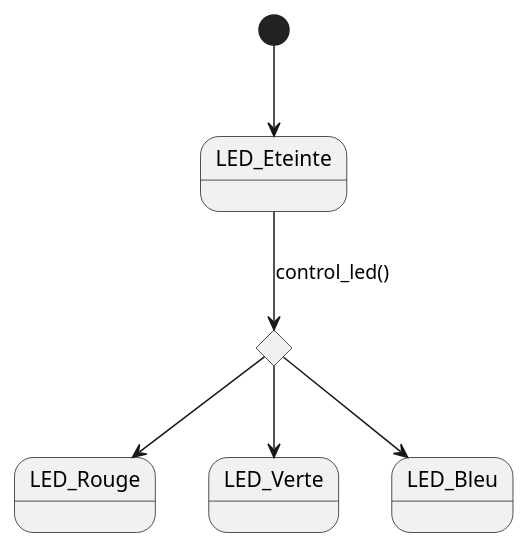
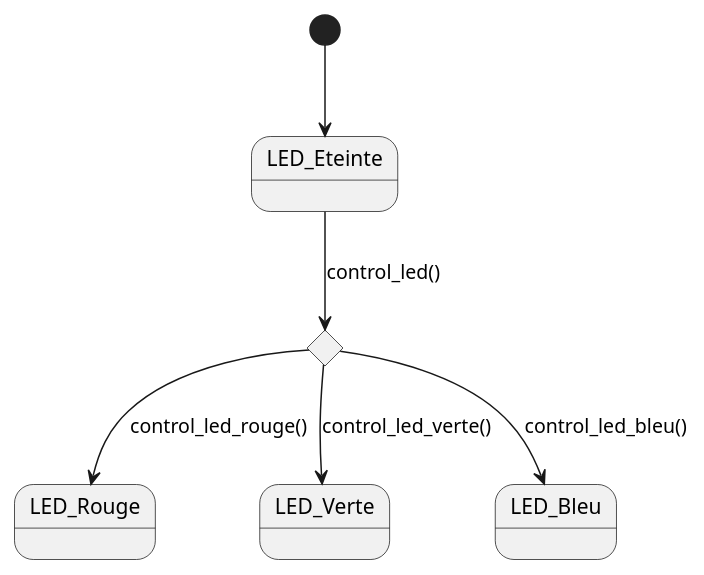
The diagram in Diagrammes UML/3.1.3 - Les écrans/3.1.3 - Diagramme IHM ROBOT.puml (Larson-09/PATO_Project), drawn with PlantUML before and after one commit.

Commit message:
Diagramme IHM V1 FR/EN

```diff
--- a/Diagrammes UML/3.1.3 - Les écrans/3.1.3 - Diagramme IHM ROBOT.puml
+++ b/Diagrammes UML/3.1.3 - Les écrans/3.1.3 - Diagramme IHM ROBOT.puml
@@ -1,14 +1,14 @@
 @startuml
 state "LED_Eteinte" as LED_Eteinte
 state "LED_Rouge" as LED_Rouge
 state "LED_Verte" as LED_Verte
 state "LED_Bleu" as LED_Bleu
 state c <<choice>>
 
 [*] --> LED_Eteinte
 LED_Eteinte --> c : control_led()
-c --> LED_Rouge
-c --> LED_Verte
-c --> LED_Bleu
+c --> LED_Rouge : control_led_rouge()
+c --> LED_Verte : control_led_verte()
+c --> LED_Bleu : control_led_bleu()
 
 @enduml
```
